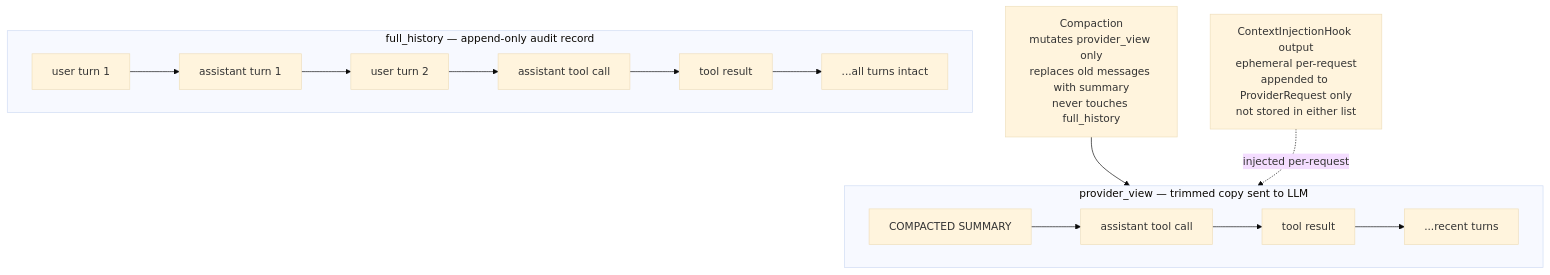
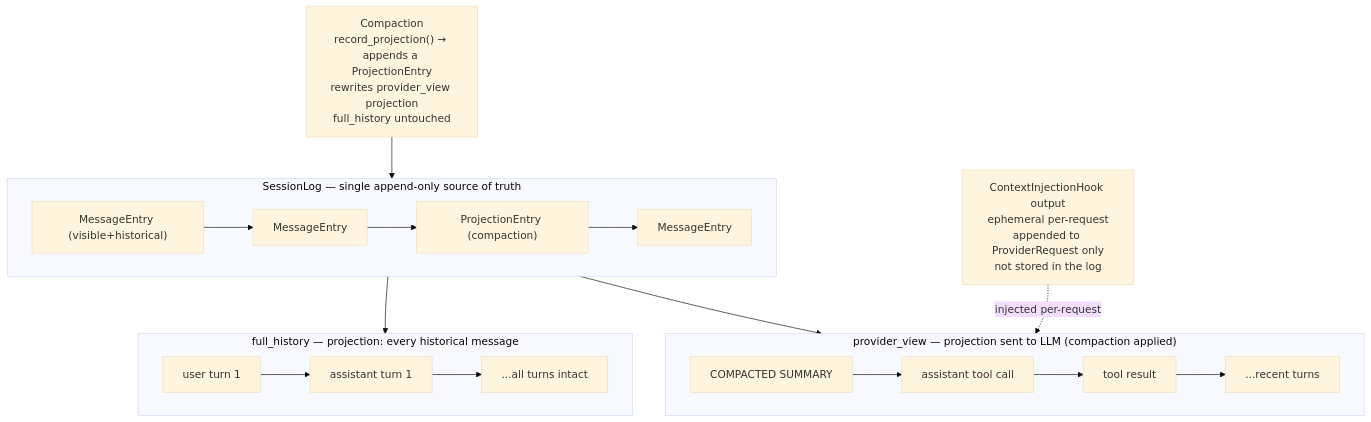
Before and after one commit to DuyTa506/linch: the fifth of 8 diagrams in docs/architecture/subsystems.md, drawn with Mermaid (base theme). The commit also changed other lines of this file and 63 other files, not shown here.

First line of the commit message:
Add kernel, open tool pipeline, execution seam, and single session log

````diff
--- a/docs/architecture/subsystems.md
+++ b/docs/architecture/subsystems.md
@@ -222,19 +227,26 @@
 ```mermaid
 graph TD
-    subgraph FH["full_history  — append-only audit record"]
+    subgraph LOG["SessionLog  — single append-only source of truth"]
         direction LR
-        fh1["user turn 1"] --> fh2["assistant turn 1"] --> fh3["user turn 2"] --> fh4["assistant tool call"] --> fh5["tool result"] --> fh6["...all turns intact"]
+        e1["MessageEntry (visible+historical)"] --> e2["MessageEntry"] --> e3["ProjectionEntry (compaction)"] --> e4["MessageEntry"]
     end
 
-    subgraph PV["provider_view  — trimmed copy sent to LLM"]
+    subgraph FH["full_history  — projection: every historical message"]
+        direction LR
+        fh1["user turn 1"] --> fh2["assistant turn 1"] --> fh3["...all turns intact"]
+    end
+
+    subgraph PV["provider_view  — projection sent to LLM (compaction applied)"]
         direction LR
         pvc["COMPACTED SUMMARY"] --> pv4["assistant tool call"] --> pv5["tool result"] --> pv6["...recent turns"]
     end
 
-    COMP["Compaction\nmutates provider_view only\nreplaces old messages with summary\nnever touches full_history"]
+    COMP["Compaction\nrecord_projection() → appends a ProjectionEntry\nrewrites provider_view projection\nfull_history untouched"]
 
-    CTX["ContextInjectionHook output\nephemeral per-request\nappended to ProviderRequest only\nnot stored in either list"]
+    CTX["ContextInjectionHook output\nephemeral per-request\nappended to ProviderRequest only\nnot stored in the log"]
 
-    COMP --> PV
+    LOG --> FH
+    LOG --> PV
+    COMP --> LOG
     CTX -.->|"injected per-request"| PV
 ```
````
